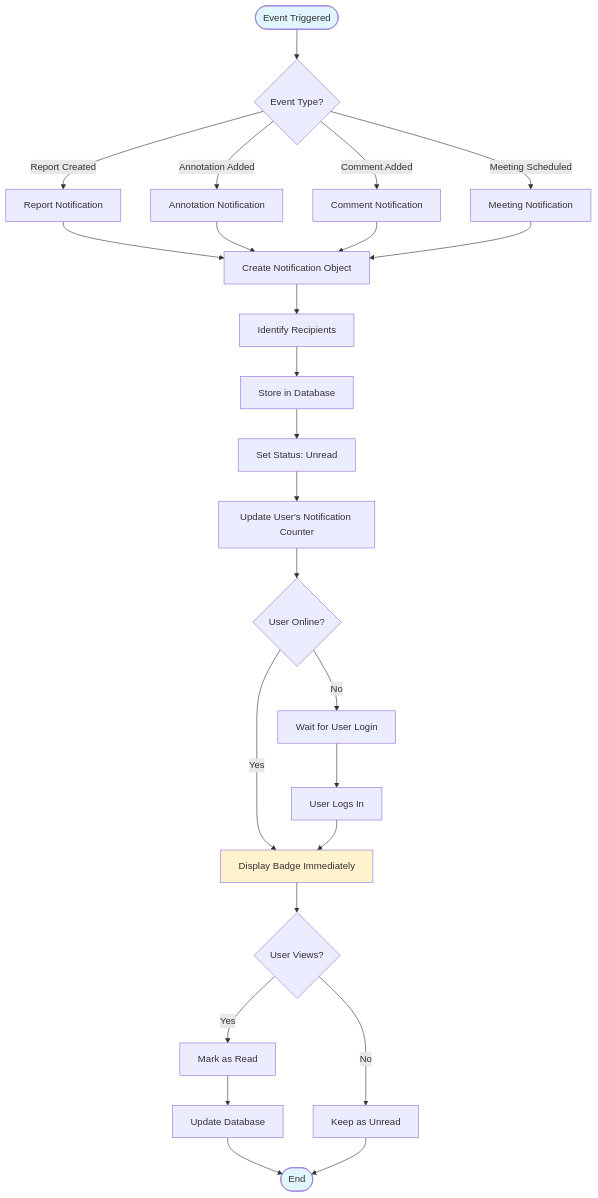
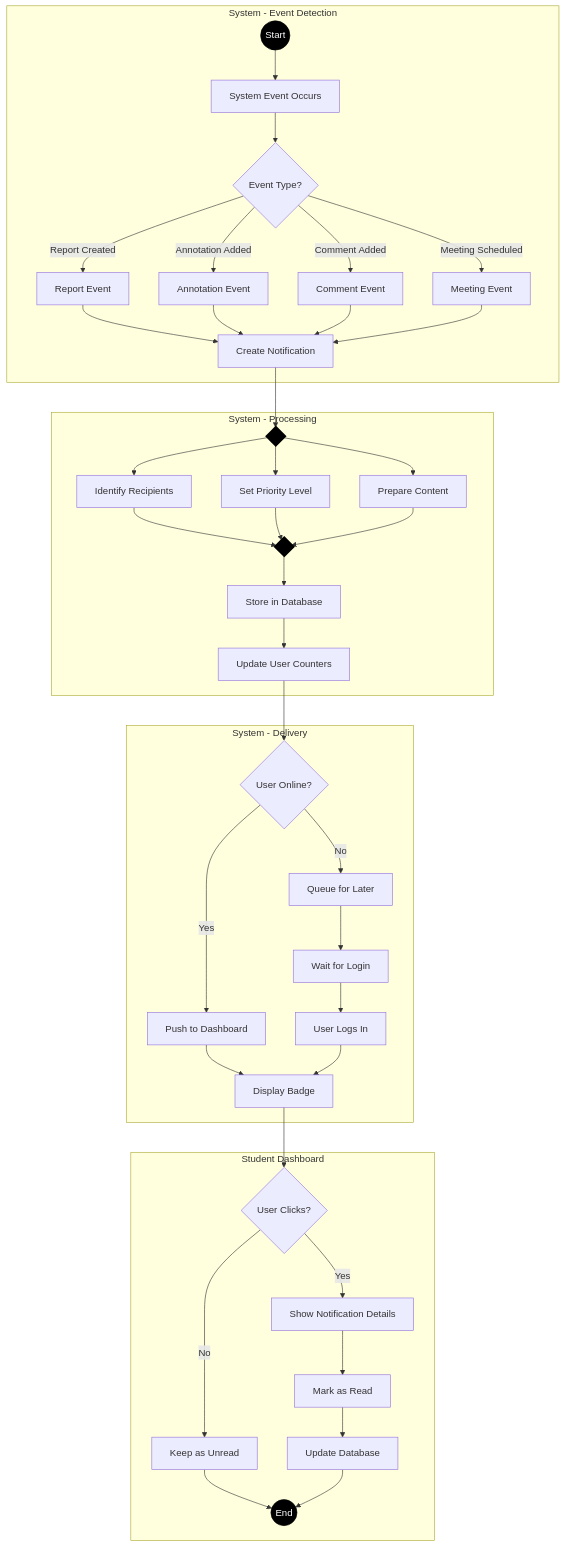
Before and after one commit to abdullah2323442/thesisrepo-backup: the sixth of 6 diagrams in activity.md, drawn with Mermaid. The commit also changed other lines of this file and 1 other file, not shown here.

First line of the commit message:
Add activity viewer page with Mermaid diagrams for thesis repository management system

````diff
--- a/activity.md
+++ b/activity.md
@@ -433,39 +343,59 @@
 ```mermaid
-graph TD
-    Start([Event Triggered]) --> IdentifyType{Event Type?}
+graph TB
+    subgraph "System - Event Detection"
+        Start6((Start))
+        Start6 --> EventOccurs[System Event Occurs]
+        EventOccurs --> IdentifyEvent{Event Type?}
+        
+        IdentifyEvent -->|Report Created| ReportEvent[Report Event]
+        IdentifyEvent -->|Annotation Added| AnnotationEvent[Annotation Event]
+        IdentifyEvent -->|Comment Added| CommentEvent[Comment Event]
+        IdentifyEvent -->|Meeting Scheduled| MeetingEvent[Meeting Event]
+        
+        ReportEvent --> CreateNotif[Create Notification]
+        AnnotationEvent --> CreateNotif
+        CommentEvent --> CreateNotif
+        MeetingEvent --> CreateNotif
+    end
     
-    IdentifyType -->|Report Created| ReportNotif[Report Notification]
-    IdentifyType -->|Annotation Added| AnnotationNotif[Annotation Notification]
-    IdentifyType -->|Comment Added| CommentNotif[Comment Notification]
-    IdentifyType -->|Meeting Scheduled| MeetingNotif[Meeting Notification]
+    subgraph "System - Processing"
+        CreateNotif --> Fork7{" "}
+        Fork7 --> IdentifyRecipients[Identify Recipients]
+        Fork7 --> SetPriority[Set Priority Level]
+        Fork7 --> PrepareContent[Prepare Content]
+        
+        IdentifyRecipients --> Join7{" "}
+        SetPriority --> Join7
+        PrepareContent --> Join7
+        
+        Join7 --> StoreNotification[Store in Database]
+        StoreNotification --> UpdateCounters[Update User Counters]
+    end
     
-    ReportNotif --> CreateNotification[Create Notification Object]
-    AnnotationNotif --> CreateNotification
-    CommentNotif --> CreateNotification
-    MeetingNotif --> CreateNotification
+    subgraph "System - Delivery"
+        UpdateCounters --> CheckUserStatus{User Online?}
+        CheckUserStatus -->|Yes| PushNotification[Push to Dashboard]
+        CheckUserStatus -->|No| QueueNotification[Queue for Later]
+        
+        PushNotification --> DisplayBadge[Display Badge]
+        QueueNotification --> WaitForLogin[Wait for Login]
+        WaitForLogin --> UserLogsIn[User Logs In]
+        UserLogsIn --> DisplayBadge
+    end
     
-    CreateNotification --> IdentifyRecipients[Identify Recipients]
-    IdentifyRecipients --> StoreInDB[Store in Database]
+    subgraph "Student Dashboard"
+        DisplayBadge --> UserSees{User Clicks?}
+        UserSees -->|No| KeepUnread[Keep as Unread]
+        UserSees -->|Yes| ShowDetails[Show Notification Details]
+        ShowDetails --> MarkRead[Mark as Read]
+        MarkRead --> UpdateDB[Update Database]
+        
+        KeepUnread --> End6((End))
+        UpdateDB --> End6
+    end
     
-    StoreInDB --> SetUnread[Set Status: Unread]
-    SetUnread --> UpdateCounter[Update User's Notification Counter]
-    
-    UpdateCounter --> UserOnline{User Online?}
-    UserOnline -->|Yes| ShowBadge[Display Badge Immediately]
-    UserOnline -->|No| WaitForLogin[Wait for User Login]
-    
-    ShowBadge --> UserViews{User Views?}
-    WaitForLogin --> UserLogin[User Logs In]
-    UserLogin --> ShowBadge
-    
-    UserViews -->|Yes| MarkAsRead[Mark as Read]
-    UserViews -->|No| KeepUnread[Keep as Unread]
-    
-    MarkAsRead --> UpdateDB[Update Database]
-    UpdateDB --> End([End])
-    KeepUnread --> End
-    
-    style Start fill:#e1f5fe
-    style End fill:#e1f5fe
-    style ShowBadge fill:#fff3cd
+    style Start6 fill:#000,stroke:#000,color:#fff
+    style End6 fill:#000,stroke:#000,color:#fff
+    style Fork7 fill:#000,stroke:#000,stroke-width:4px
+    style Join7 fill:#000,stroke:#000,stroke-width:4px
 ```
````
